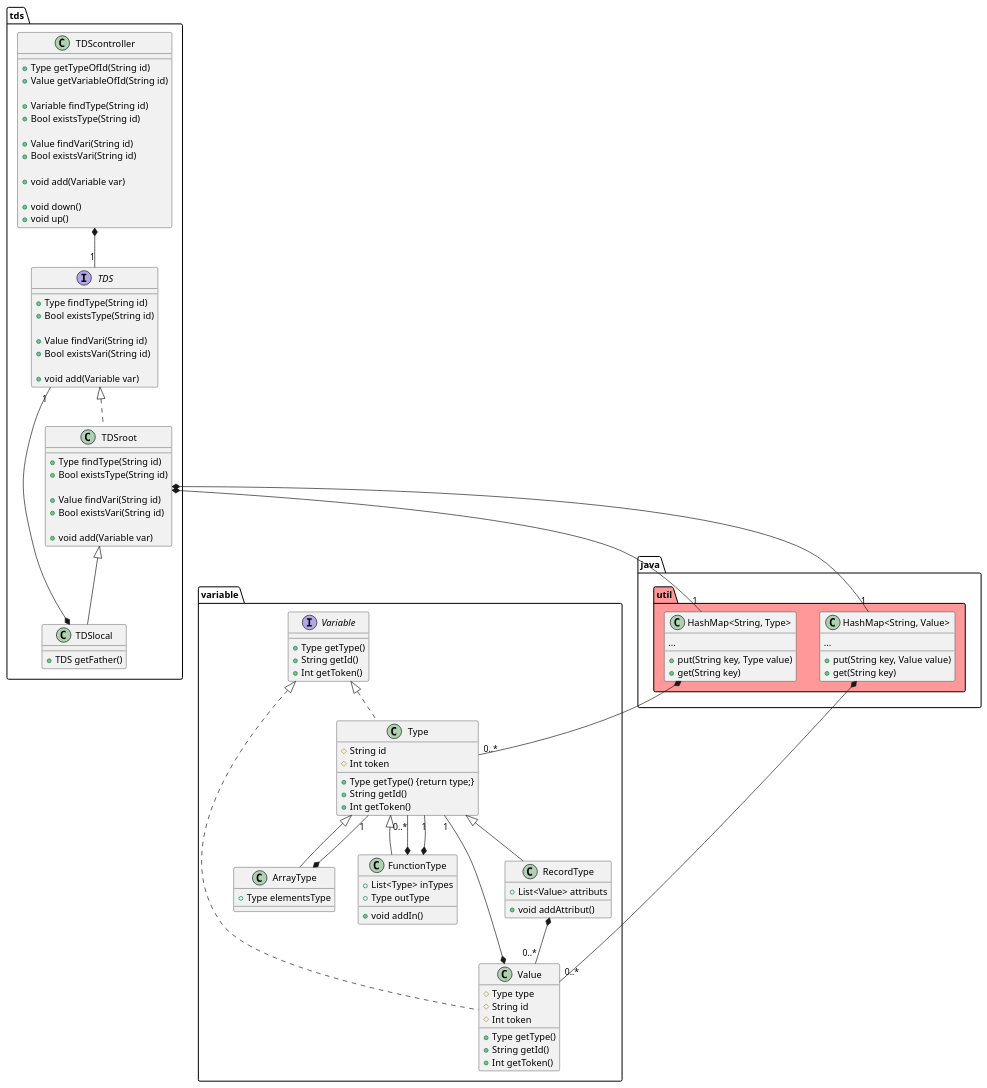
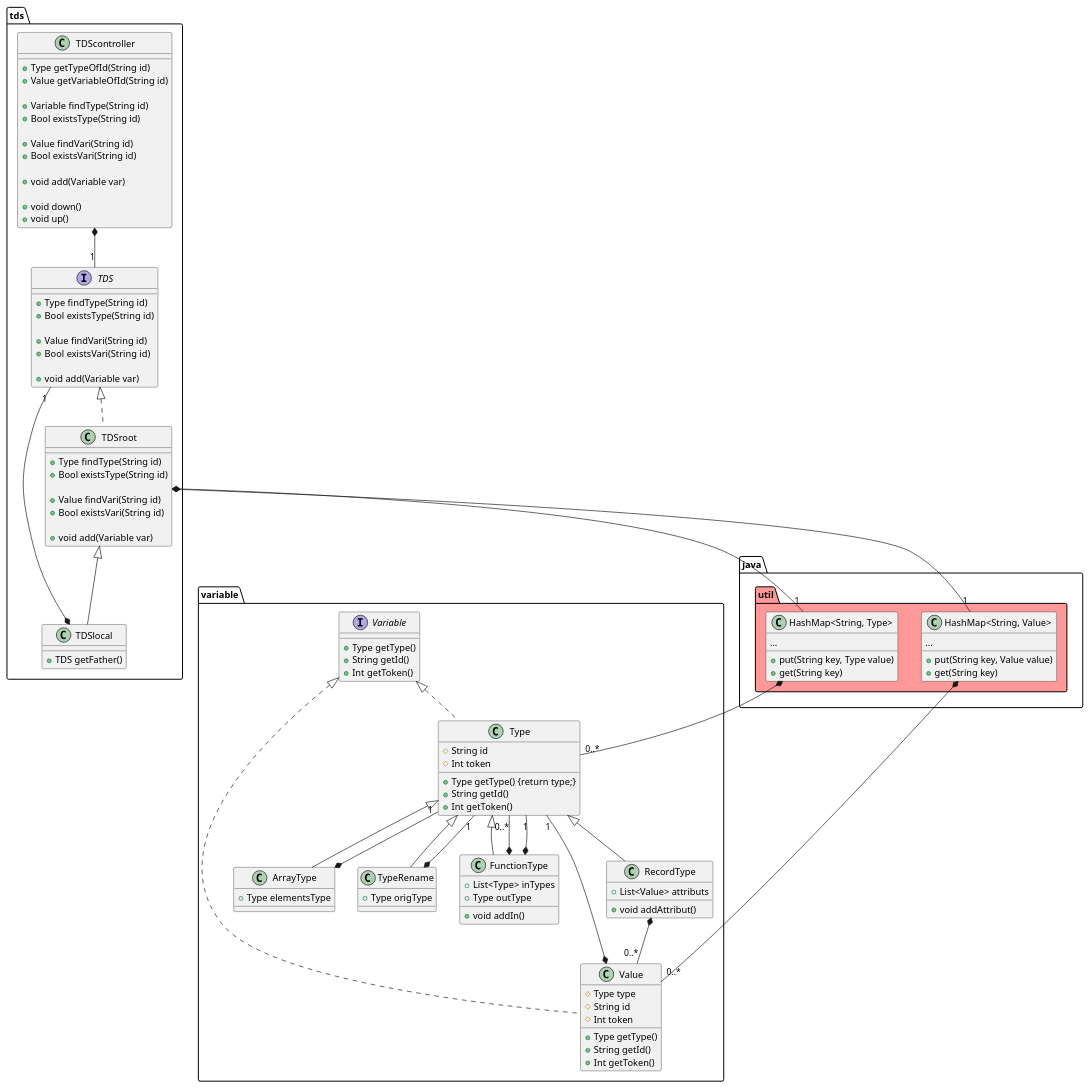
Before and after one commit to Tiger-compiler-team-2023/tiger-compiler: the diagram in AntlrMavenProject/chaoscompiler/src/main/java/eu/tn/chaoscompiler/tdstool/README.figures/TDS.puml, drawn with PlantUML. The commit also changed 2 other files, not shown here.

```diff
--- a/AntlrMavenProject/chaoscompiler/src/main/java/eu/tn/chaoscompiler/tdstool/README.figures/TDS.puml
+++ b/AntlrMavenProject/chaoscompiler/src/main/java/eu/tn/chaoscompiler/tdstool/README.figures/TDS.puml
@@ -1,113 +1,118 @@
 @startuml
 
 package tds {
 
   class TDScontroller {
     +Type getTypeOfId(String id)
     +Value getVariableOfId(String id)
 
     +Variable findType(String id)
     +Bool existsType(String id)
 
     +Value findVari(String id)
     +Bool existsVari(String id)
 
     +void add(Variable var)
 
     +void down()
     +void up()
   }
 
   interface TDS {
     +Type findType(String id)
     +Bool existsType(String id)
 
     +Value findVari(String id)
     +Bool existsVari(String id)
 
     +void add(Variable var)
   }
 
   class TDSroot implements TDS {
     +Type findType(String id)
     +Bool existsType(String id)
 
     +Value findVari(String id)
     +Bool existsVari(String id)
     
     +void add(Variable var)
   }
 
   class TDSlocal extends TDSroot {
     +TDS getFather()
   }
 }
 
 package variable {
 
   Interface Variable {
     +Type getType()
     +String getId()
     +Int getToken()
   }
 
   class Type implements Variable {
     #String id
     #Int token
 
     +Type getType() {return type;}
     +String getId()
     +Int getToken()
   }
 
   class RecordType extends Type {
     +List<Value> attributs
     +void addAttribut()
   }
 
   class ArrayType extends Type {
     +Type elementsType
   }
 
+  class TypeRename extends Type {
+    +Type origType
+  }
+
   class FunctionType extends Type {
     +List<Type> inTypes
     +Type outType
     +void addIn()
   }
 
   class Value implements Variable {
     #Type type
     #String id
     #Int token
 
     +Type getType()
     +String getId()
     +Int getToken()
   }
 }
 
 package java.util #ff9999 {
   class "HashMap<String, Type>" {
     ...
     +put(String key, Type value)
     +get(String key)
   }
   class "HashMap<String, Value>" {
     ...
     +put(String key, Value value)
     +get(String key)
   }
 }
 
 TDScontroller *--"1" TDS
 TDSlocal *--"1" TDS
 TDSroot *--"1" "HashMap<String, Type>"
 TDSroot *--"1" "HashMap<String, Value>"
 "HashMap<String, Type>" *--"0..*" Type
 "HashMap<String, Value>" *--"0..*" Value
 Value *--"1" Type
 RecordType *--"0..*" Value
 ArrayType *--"1" Type
+TypeRename *--"1" Type
 FunctionType *--"0..*" Type
 FunctionType *--"1" Type
 @enduml
```
